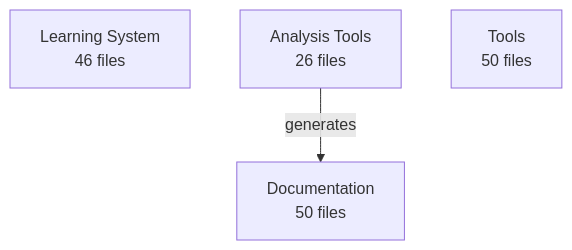
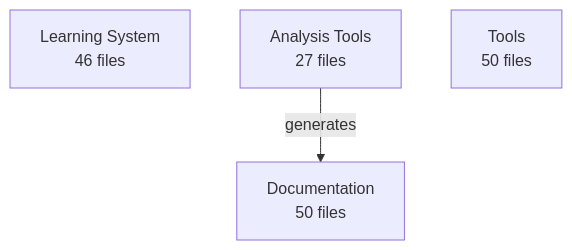
The diagram in analysis/architecture/architecture.mmd (enufacas/Chained), drawn with Mermaid before and after one commit. The commit also changed 6 other files, not shown here.

First line of the commit message:
🏗️ Update architecture evolution tracking

```diff
--- a/analysis/architecture/architecture.mmd
+++ b/analysis/architecture/architecture.mmd
@@ -1,6 +1,6 @@
 graph TD
     learning_system[Learning System<br/>46 files]
-    analysis_tools[Analysis Tools<br/>26 files]
+    analysis_tools[Analysis Tools<br/>27 files]
     documentation[Documentation<br/>50 files]
     tools[Tools<br/>50 files]
     analysis_tools -->|generates| documentation
```
